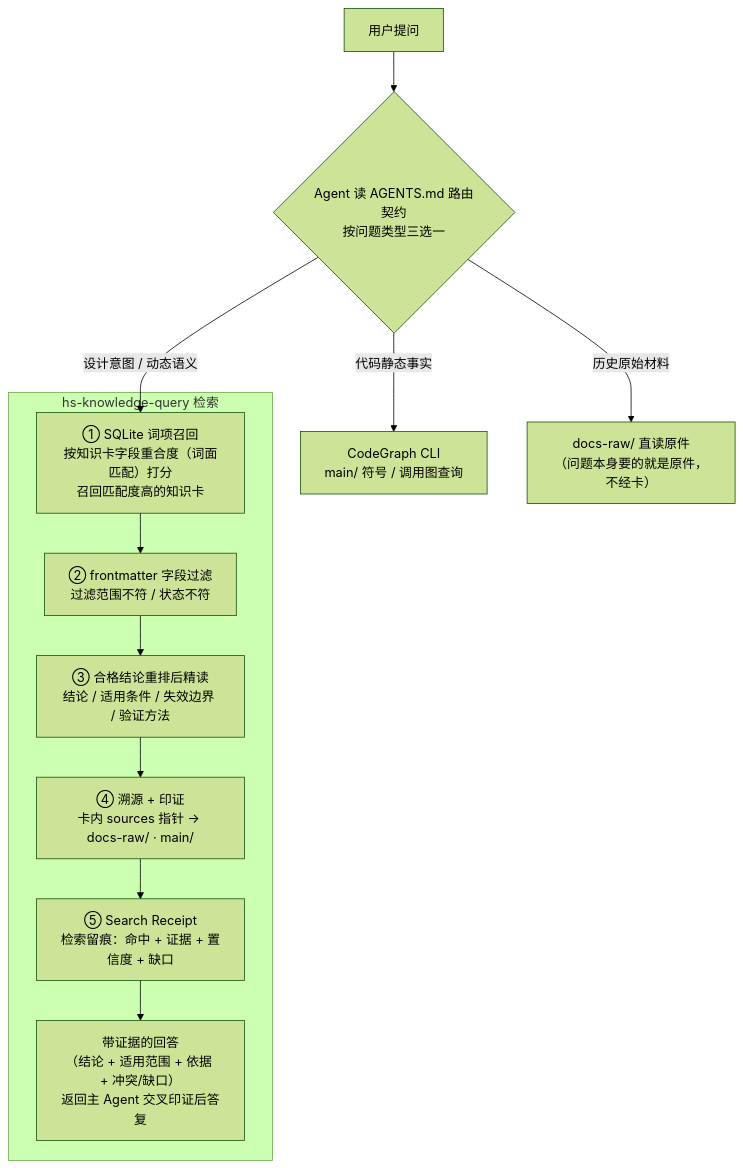
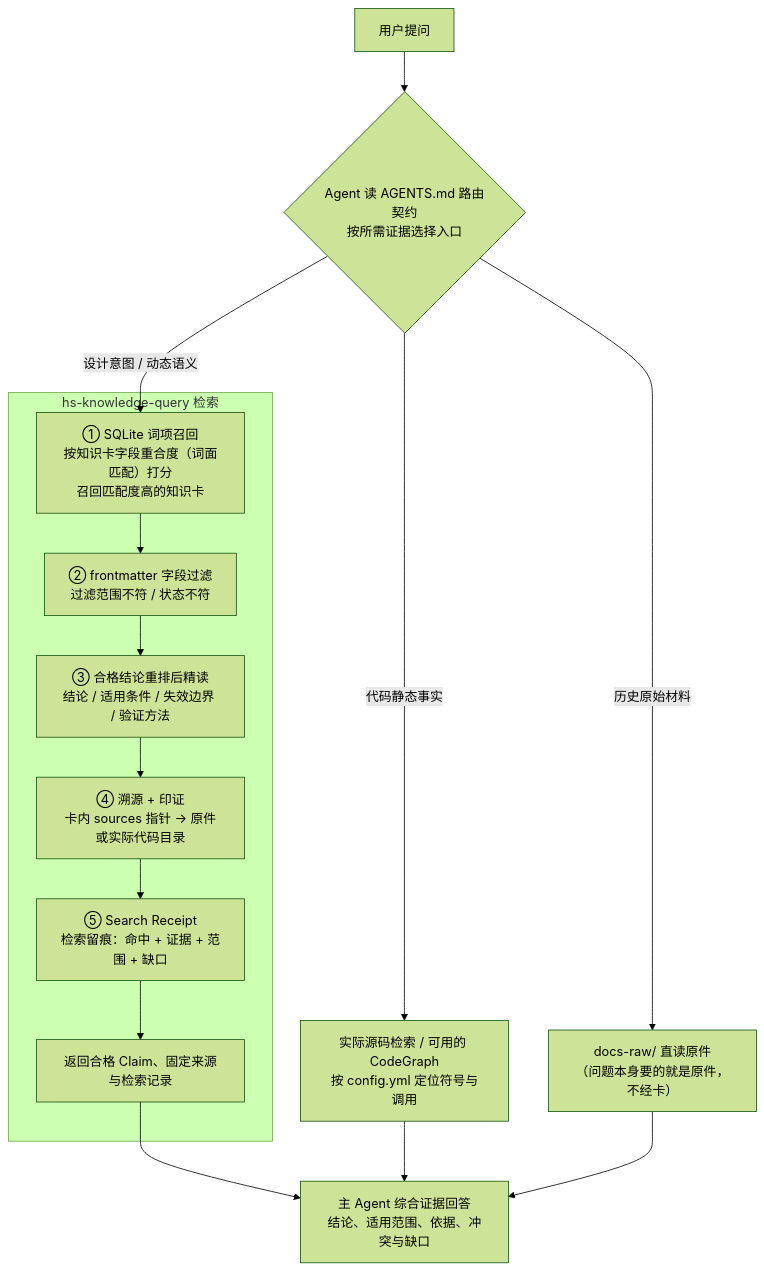
One commit to Robin-hhc/FactumCore changed the seventh of 7 diagrams in aiotbot-knowledge-wifi-mp/docs-llm-wiki/AIoTBot知识库架构设计.md. Above: the diagram before and after it, drawn with Mermaid (forest theme). The commit also changed other lines of this file and 6 other files, not shown here.

Commit message:
docs: align architecture and task entry after capability move

````diff
--- a/aiotbot-knowledge-wifi-mp/docs-llm-wiki/AIoTBot知识库架构设计.md
+++ b/aiotbot-knowledge-wifi-mp/docs-llm-wiki/AIoTBot知识库架构设计.md
@@ -450,17 +453,20 @@
 ```mermaid
 flowchart TB
-    Q["用户提问"] --> R{"Agent 读 AGENTS.md 路由契约<br />按问题类型三选一"}
+    Q["用户提问"] --> R{"Agent 读 AGENTS.md 路由契约<br />按所需证据选择入口"}
 
-    R -->|"代码静态事实"| CODE["CodeGraph CLI<br />main/ 符号 / 调用图查询"]
+    R -->|"代码静态事实"| CODE["实际源码检索 / 可用的 CodeGraph<br />按 config.yml 定位符号与调用"]
     R -->|"历史原始材料"| RAW["docs-raw/ 直读原件<br />（问题本身要的就是原件，不经卡）"]
 
     subgraph KQ["hs-knowledge-query 检索"]
         C["① SQLite 词项召回<br />按知识卡字段重合度（词面匹配）打分<br />召回匹配度高的知识卡"] --> D["② frontmatter 字段过滤<br />过滤范围不符 / 状态不符<br />"]
         D --> E["③ 合格结论重排后精读<br />结论 / 适用条件 / 失效边界 / 验证方法"]
-        E --> F["④ 溯源 + 印证<br />卡内 sources 指针 → docs-raw/ · main/"]
-        F --> G["⑤ Search Receipt<br />检索留痕：命中 + 证据 + 置信度 + 缺口"]
-        G --> H["带证据的回答<br />（结论 + 适用范围 + 依据 + 冲突/缺口）<br />返回主 Agent 交叉印证后答复"]
+        E --> F["④ 溯源 + 印证<br />卡内 sources 指针 → 原件或实际代码目录"]
+        F --> G["⑤ Search Receipt<br />检索留痕：命中 + 证据 + 范围 + 缺口"]
+        G --> H["返回合格 Claim、固定来源与检索记录"]
     end
 
     R -->|"设计意图 / 动态语义"| C
+    H --> ANSWER["主 Agent 综合证据回答<br />结论、适用范围、依据、冲突与缺口"]
+    CODE --> ANSWER
+    RAW --> ANSWER
 ```
````
